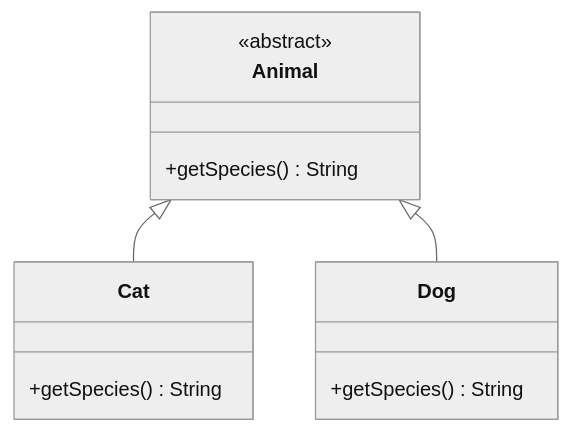
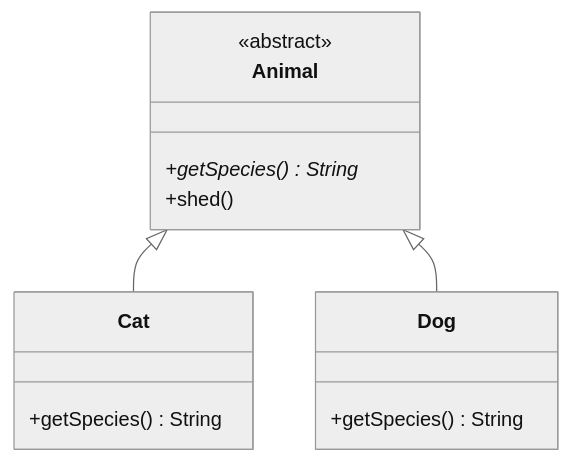
One commit to neu-pdi/cs3100-public-resources changed diagram 11 of 22 in lecture-slides-spertus/l2-inheritance-polymorphism.mdx. Above: the diagram before and after it, drawn with Mermaid (neutral theme). The commit also changed other lines of this file and 4 other files, not shown here.

````diff
--- a/lecture-slides-spertus/l2-inheritance-polymorphism.mdx
+++ b/lecture-slides-spertus/l2-inheritance-polymorphism.mdx
@@ -651,15 +964,16 @@
 ```mermaid
 classDiagram
     class Animal {
         <<abstract>>
-        +getSpecies() String
+        +getSpecies() String*
+        +shed()
     }
     class Cat {
         +getSpecies() String
     }
     class Dog {
         +getSpecies() String
     }
     Animal <|-- Cat
     Animal <|-- Dog
 ```
````
